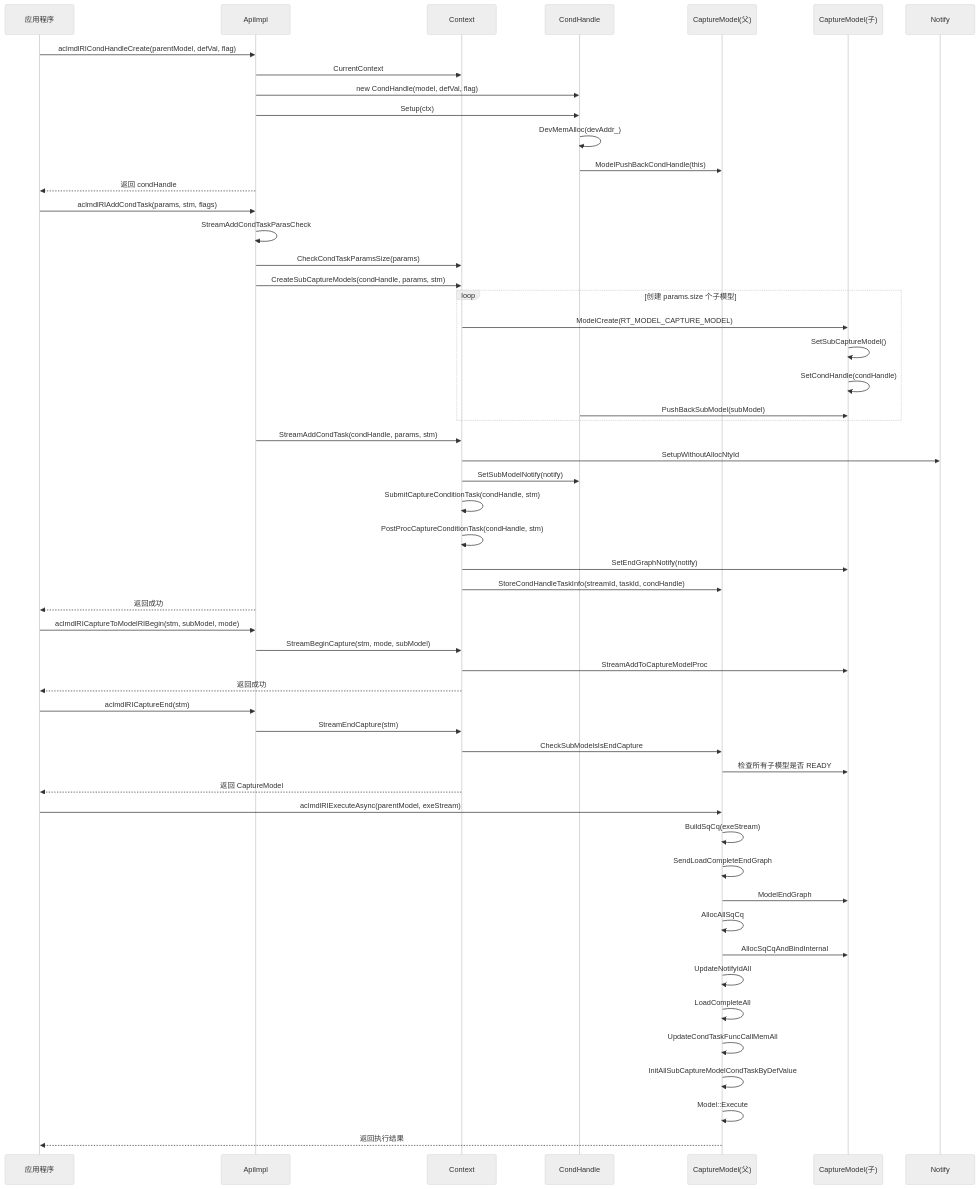
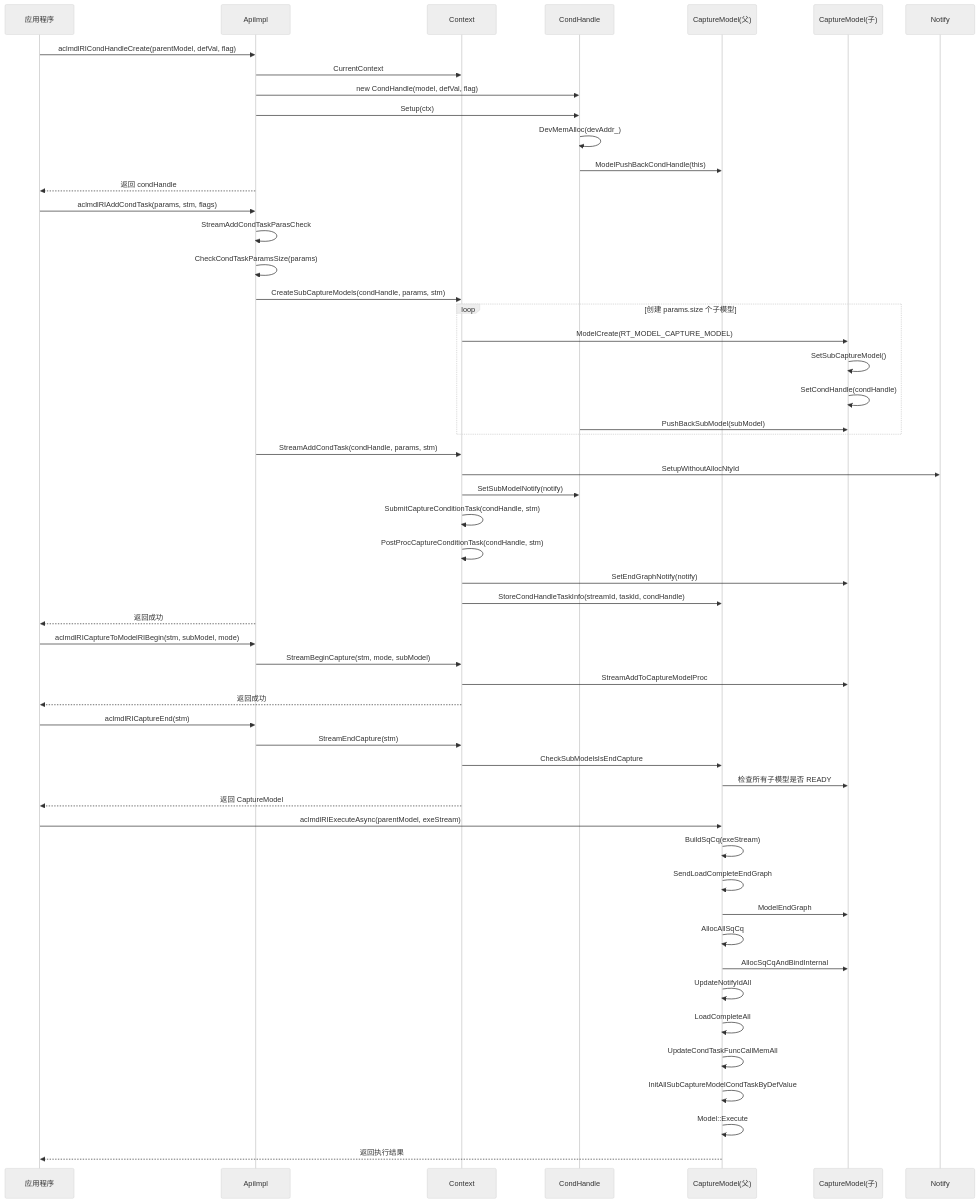
One commit to 18liumin/runtime changed the third of 15 diagrams in docs/design/features/aclgraph.md. Above: the diagram before and after it, drawn with Mermaid (neutral theme). The commit also changed 19 other files, not shown here.

````diff
--- a/docs/design/features/aclgraph.md
+++ b/docs/design/features/aclgraph.md
@@ -311,61 +311,61 @@
 ```mermaid
 sequenceDiagram
     participant App as 应用程序
     participant Api as ApiImpl
     participant Context as Context
     participant CondHandle as CondHandle
     participant CaptureModel as CaptureModel(父)
     participant SubModel as CaptureModel(子)
     participant Notify as Notify
 
     App->>Api: aclmdlRICondHandleCreate(parentModel, defVal, flag)
     Api->>Context: CurrentContext
     Api->>CondHandle: new CondHandle(model, defVal, flag)
     Api->>CondHandle: Setup(ctx)
     CondHandle->>CondHandle: DevMemAlloc(devAddr_)
     CondHandle->>CaptureModel: ModelPushBackCondHandle(this)
     Api-->>App: 返回 condHandle
 
     App->>Api: aclmdlRIAddCondTask(params, stm, flags)
     Api->>Api: StreamAddCondTaskParasCheck
-    Api->>Context: CheckCondTaskParamsSize(params)
+    Api->>Api: CheckCondTaskParamsSize(params)
     Api->>Context: CreateSubCaptureModels(condHandle, params, stm)
     loop 创建 params.size 个子模型
         Context->>SubModel: ModelCreate(RT_MODEL_CAPTURE_MODEL)
         SubModel->>SubModel: SetSubCaptureModel()
         SubModel->>SubModel: SetCondHandle(condHandle)
         CondHandle->>SubModel: PushBackSubModel(subModel)
     end
     Api->>Context: StreamAddCondTask(condHandle, params, stm)
     Context->>Notify: SetupWithoutAllocNtyId
     Context->>CondHandle: SetSubModelNotify(notify)
     Context->>Context: SubmitCaptureConditionTask(condHandle, stm)
     Context->>Context: PostProcCaptureConditionTask(condHandle, stm)
     Context->>SubModel: SetEndGraphNotify(notify)
     Context->>CaptureModel: StoreCondHandleTaskInfo(streamId, taskId, condHandle)
     Api-->>App: 返回成功
 
     App->>Api: aclmdlRICaptureToModelRIBegin(stm, subModel, mode)
     Api->>Context: StreamBeginCapture(stm, mode, subModel)
     Context->>SubModel: StreamAddToCaptureModelProc
     Context-->>App: 返回成功
 
     App->>Api: aclmdlRICaptureEnd(stm)
     Api->>Context: StreamEndCapture(stm)
     Context->>CaptureModel: CheckSubModelsIsEndCapture
     CaptureModel->>SubModel: 检查所有子模型是否 READY
     Context-->>App: 返回 CaptureModel
 
     App->>CaptureModel: aclmdlRIExecuteAsync(parentModel, exeStream)
     CaptureModel->>CaptureModel: BuildSqCq(exeStream)
     CaptureModel->>CaptureModel: SendLoadCompleteEndGraph
     CaptureModel->>SubModel: ModelEndGraph
     CaptureModel->>CaptureModel: AllocAllSqCq
     CaptureModel->>SubModel: AllocSqCqAndBindInternal
     CaptureModel->>CaptureModel: UpdateNotifyIdAll
     CaptureModel->>CaptureModel: LoadCompleteAll
     CaptureModel->>CaptureModel: UpdateCondTaskFuncCallMemAll
     CaptureModel->>CaptureModel: InitAllSubCaptureModelCondTaskByDefValue
     CaptureModel->>CaptureModel: Model::Execute
     CaptureModel-->>App: 返回执行结果
 ```
````
